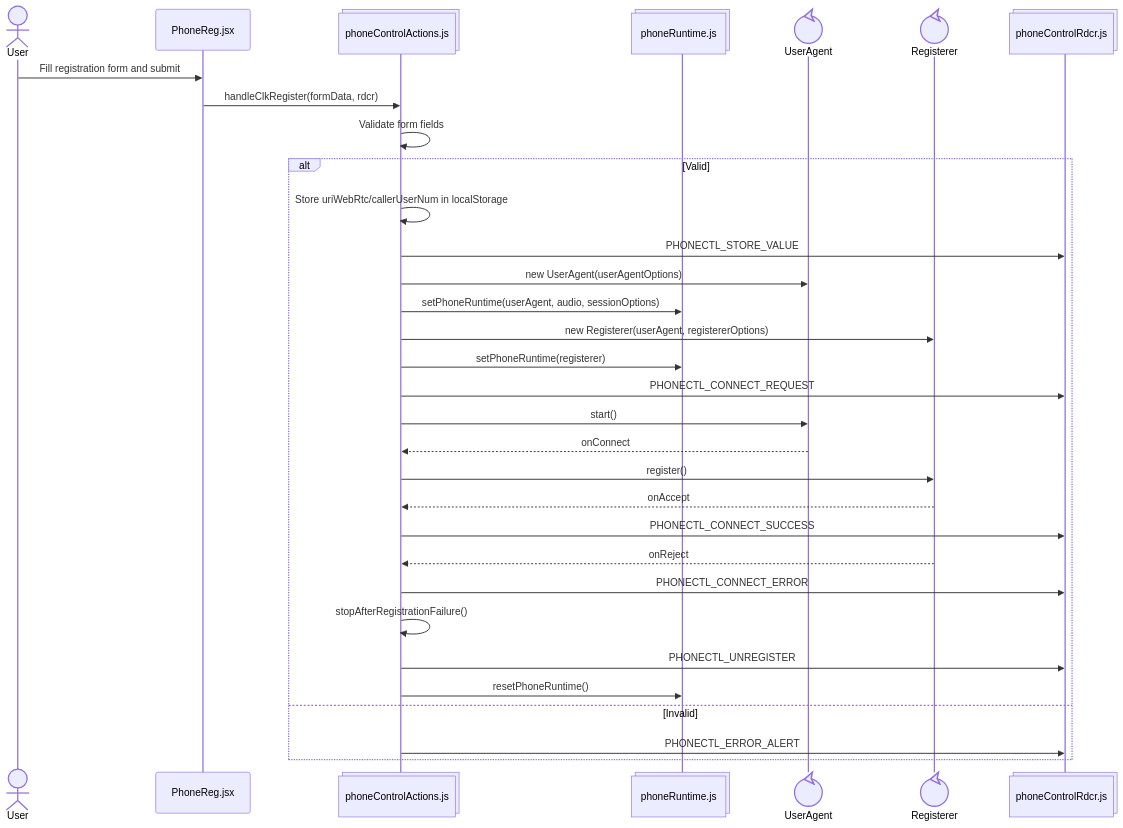
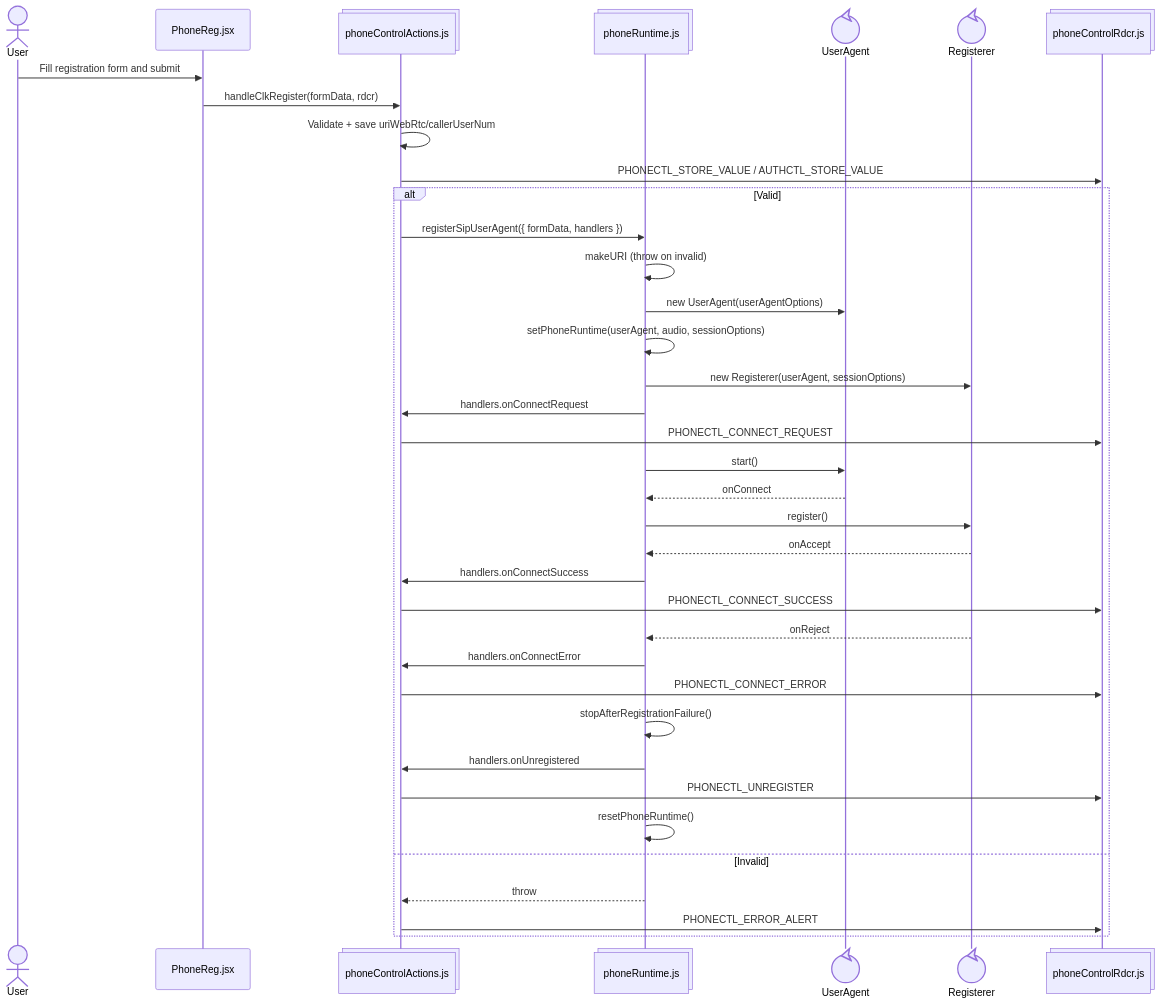
One commit to ars-anosov/sipjs-react changed the third of 8 diagrams in STATE.md. Above: the diagram before and after it, drawn with Mermaid. The commit also changed other lines of this file and 3 other files, not shown here.

````diff
--- a/STATE.md
+++ b/STATE.md
@@ -74,35 +83,40 @@
 ```mermaid
 sequenceDiagram
   actor User
   participant PhoneReg@{ "type" : "participant", "alias": "PhoneReg.jsx" }
   participant Action@{ "type" : "collections", "alias": "phoneControlActions.js" }
   participant Runtime@{ "type" : "collections", "alias": "phoneRuntime.js" }
   participant UserAgent@{ "type" : "control" }
   participant Registerer@{ "type" : "control" }
   participant Dispatch@{ "type" : "collections", "alias": "phoneControlRdcr.js" }
 
   User->>PhoneReg: Fill registration form and submit
   PhoneReg->>Action: handleClkRegister(formData, rdcr)
-  Action->>Action: Validate form fields
+  Action->>Action: Validate + save uriWebRtc/callerUserNum
+  Action->>Dispatch: PHONECTL_STORE_VALUE / AUTHCTL_STORE_VALUE
   alt Valid
-    Action->>Action: Store uriWebRtc/callerUserNum in localStorage
-    Action->>Dispatch: PHONECTL_STORE_VALUE
-    Action->>UserAgent: new UserAgent(userAgentOptions)
-    Action->>Runtime: setPhoneRuntime(userAgent, audio, sessionOptions)
-    Action->>Registerer: new Registerer(userAgent, registererOptions)
-    Action->>Runtime: setPhoneRuntime(registerer)
+    Action->>Runtime: registerSipUserAgent({ formData, handlers })
+    Runtime->>Runtime: makeURI (throw on invalid)
+    Runtime->>UserAgent: new UserAgent(userAgentOptions)
+    Runtime->>Runtime: setPhoneRuntime(userAgent, audio, sessionOptions)
+    Runtime->>Registerer: new Registerer(userAgent, sessionOptions)
+    Runtime->>Action: handlers.onConnectRequest
     Action->>Dispatch: PHONECTL_CONNECT_REQUEST
-    Action->>UserAgent: start()
-    UserAgent-->>Action: onConnect
-    Action->>Registerer: register()
-    Registerer-->>Action: onAccept
+    Runtime->>UserAgent: start()
+    UserAgent-->>Runtime: onConnect
+    Runtime->>Registerer: register()
+    Registerer-->>Runtime: onAccept
+    Runtime->>Action: handlers.onConnectSuccess
     Action->>Dispatch: PHONECTL_CONNECT_SUCCESS
-    Registerer-->>Action: onReject
+    Registerer-->>Runtime: onReject
+    Runtime->>Action: handlers.onConnectError
     Action->>Dispatch: PHONECTL_CONNECT_ERROR
-    Action->>Action: stopAfterRegistrationFailure()
+    Runtime->>Runtime: stopAfterRegistrationFailure()
+    Runtime->>Action: handlers.onUnregistered
     Action->>Dispatch: PHONECTL_UNREGISTER
-    Action->>Runtime: resetPhoneRuntime()
+    Runtime->>Runtime: resetPhoneRuntime()
   else Invalid
+    Runtime-->>Action: throw
     Action->>Dispatch: PHONECTL_ERROR_ALERT
   end
 ```
````
